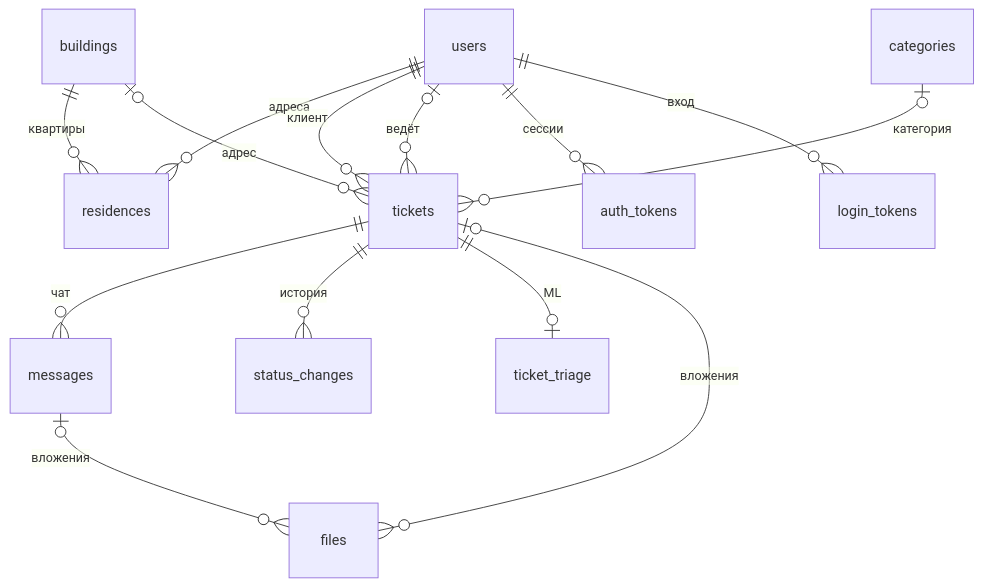
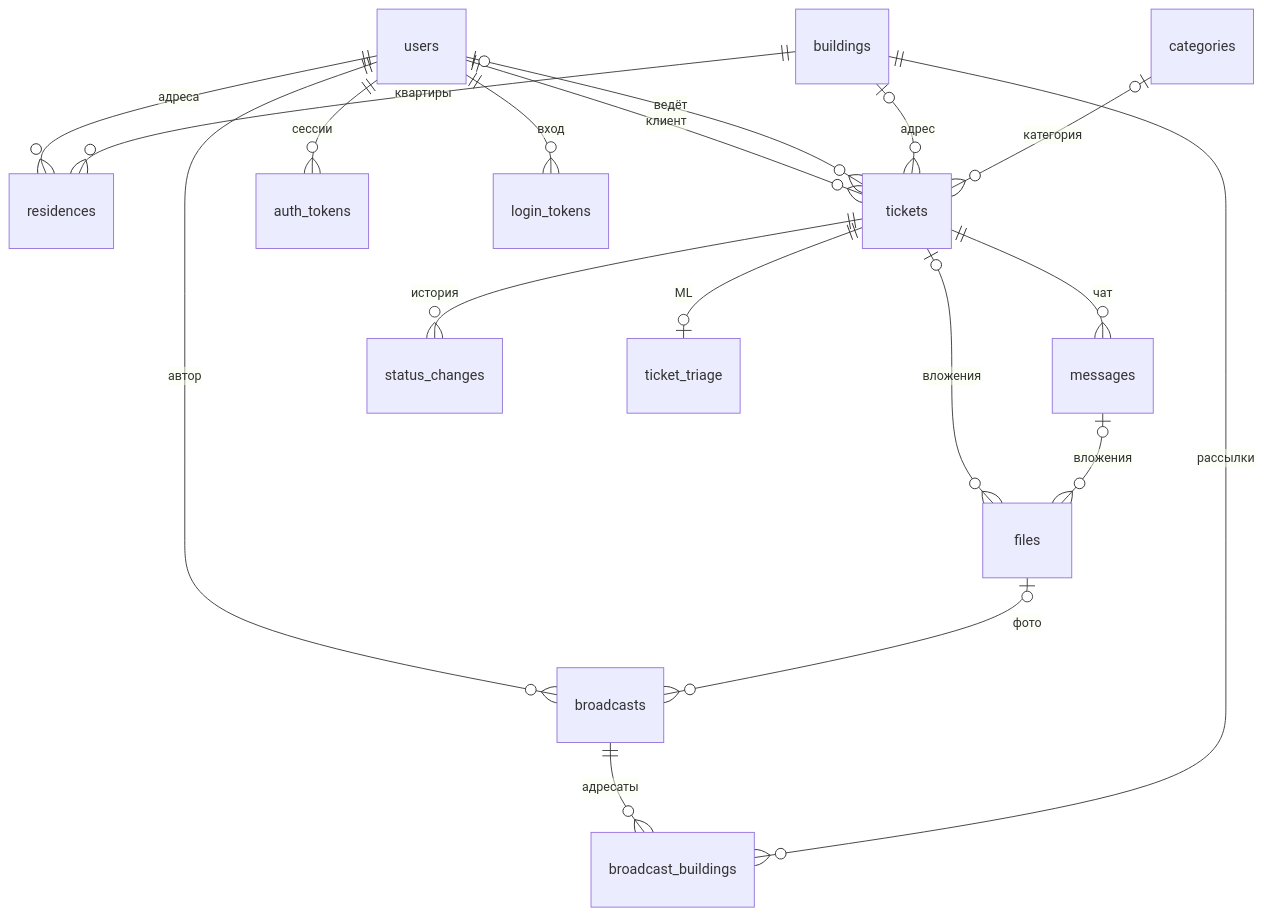
The diagram in docs/data-model.md (ramismaris/uk-support-service), drawn with Mermaid before and after one commit. The commit also changed other lines of this file and 32 other files, not shown here.

````diff
--- a/docs/data-model.md
+++ b/docs/data-model.md
@@ -12,16 +12,20 @@
 ```mermaid
 erDiagram
     users ||--o{ residences : "адреса"
     buildings ||--o{ residences : "квартиры"
     users ||--o{ tickets : "клиент"
     users |o--o{ tickets : "ведёт"
     buildings |o--o{ tickets : "адрес"
     categories |o--o{ tickets : "категория"
     tickets ||--o{ messages : "чат"
     tickets ||--o{ status_changes : "история"
     tickets ||--o| ticket_triage : "ML"
     tickets |o--o{ files : "вложения"
     messages |o--o{ files : "вложения"
     users ||--o{ auth_tokens : "сессии"
     users ||--o{ login_tokens : "вход"
+    users ||--o{ broadcasts : "автор"
+    files |o--o{ broadcasts : "фото"
+    broadcasts ||--o{ broadcast_buildings : "адресаты"
+    buildings ||--o{ broadcast_buildings : "рассылки"
 ```
````
